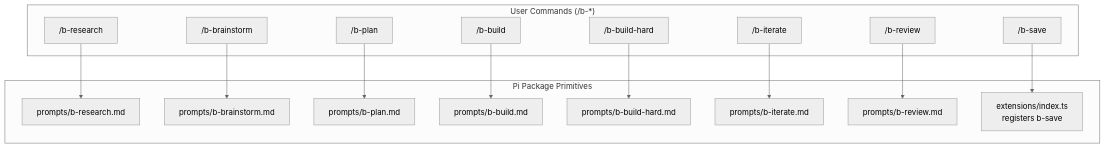
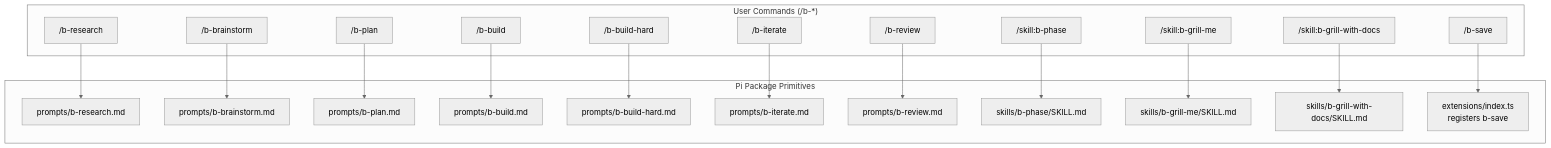
The third of 3 diagrams in docs/buck-workflow.md (evilbuck/buck-workflow-pi), drawn with Mermaid (neutral theme) before and after one commit. The commit also changed other lines of this file and 15 other files, not shown here.

````diff
--- a/docs/buck-workflow.md
+++ b/docs/buck-workflow.md
@@ -150,33 +164,42 @@
 ```mermaid
 flowchart TD
     subgraph Commands["User Commands (/b-*)"]
         C1["/b-research"]
         C2["/b-brainstorm"]
         C3["/b-plan"]
         C4["/b-build"]
         C5["/b-build-hard"]
         C6["/b-iterate"]
         C7["/b-review"]
         C8["/b-save"]
+        C9["/skill:b-phase"]
+        C10["/skill:b-grill-me"]
+        C11["/skill:b-grill-with-docs"]
     end
 
     subgraph PiPrimitives["Pi Package Primitives"]
         P1["prompts/b-research.md"]
         P2["prompts/b-brainstorm.md"]
         P3["prompts/b-plan.md"]
         P4["prompts/b-build.md"]
         P5["prompts/b-build-hard.md"]
         P6["prompts/b-iterate.md"]
         P7["prompts/b-review.md"]
+        P8["skills/b-phase/SKILL.md"]
+        P9["skills/b-grill-me/SKILL.md"]
+        P10["skills/b-grill-with-docs/SKILL.md"]
         E1["extensions/index.ts<br/>registers b-save"]
     end
 
     C1 --> P1
     C2 --> P2
     C3 --> P3
     C4 --> P4
     C5 --> P5
     C6 --> P6
     C7 --> P7
     C8 --> E1
+    C9 --> P8
+    C10 --> P9
+    C11 --> P10
 ```
````
